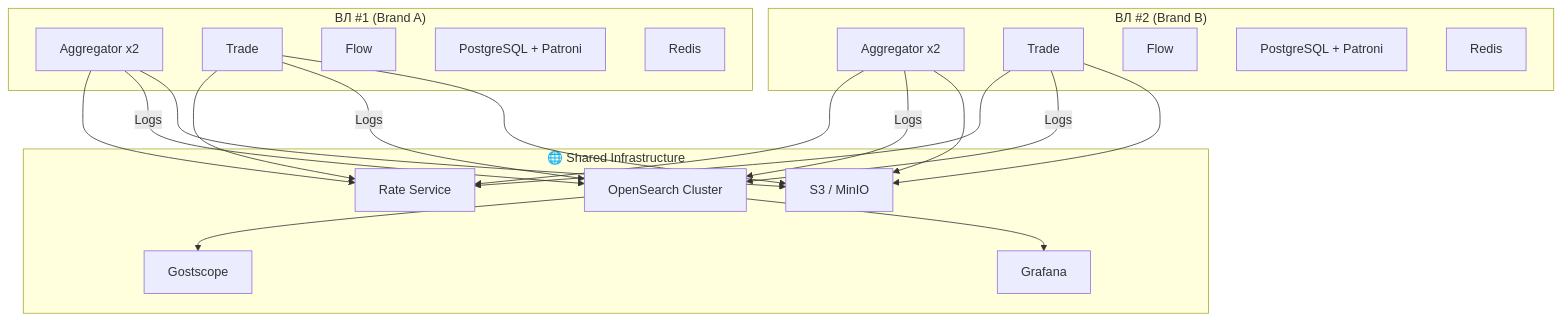
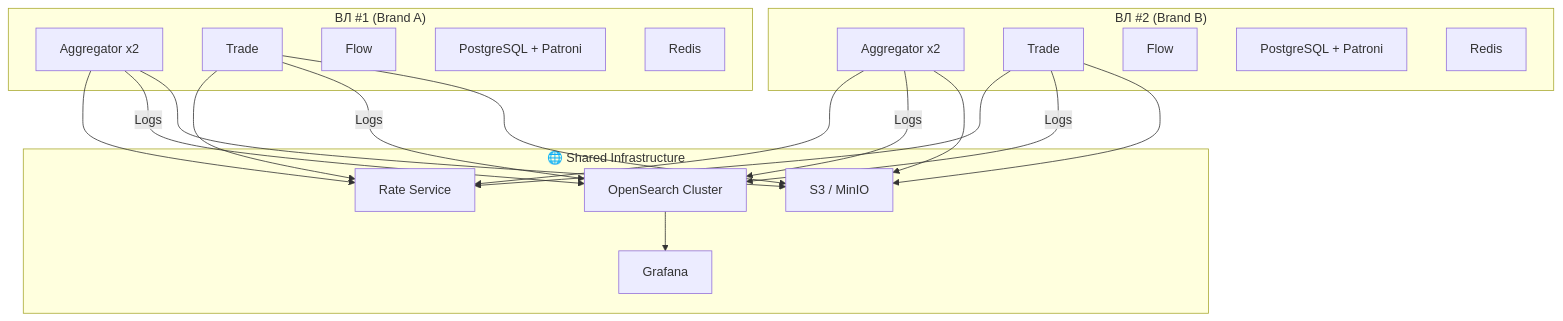
The fourth of 5 diagrams in architecture.md (sevakode/gostex-docs), drawn with Mermaid before and after one commit. The commit also changed other lines of this file and 13 other files, not shown here.

````diff
--- a/architecture.md
+++ b/architecture.md
@@ -450,37 +457,36 @@
 ```mermaid
 flowchart TB
     subgraph WL1["ВЛ #1 (Brand A)"]
         WL1_AGG["Aggregator x2"]
         WL1_TRADE["Trade"]
         WL1_FLOW["Flow"]
         WL1_PG["PostgreSQL + Patroni"]
         WL1_REDIS["Redis"]
     end
 
     subgraph WL2["ВЛ #2 (Brand B)"]
         WL2_AGG["Aggregator x2"]
         WL2_TRADE["Trade"]
         WL2_FLOW["Flow"]
         WL2_PG["PostgreSQL + Patroni"]
         WL2_REDIS["Redis"]
     end
 
     subgraph Shared["🌐 Shared Infrastructure"]
         Rate["Rate Service"]
         OpenSearch["OpenSearch Cluster"]
-        Gostscope["Gostscope"]
         Grafana["Grafana"]
         S3["S3 / MinIO"]
     end
 
     WL1_AGG & WL2_AGG --> Rate
     WL1_TRADE & WL2_TRADE --> Rate
-    
+
     WL1_AGG & WL1_TRADE -->|"Logs"| OpenSearch
     WL2_AGG & WL2_TRADE -->|"Logs"| OpenSearch
-    
-    OpenSearch --> Gostscope & Grafana
+
+    OpenSearch --> Grafana
     
     WL1_AGG & WL2_AGG --> S3
     WL1_TRADE & WL2_TRADE --> S3
 ```
````
